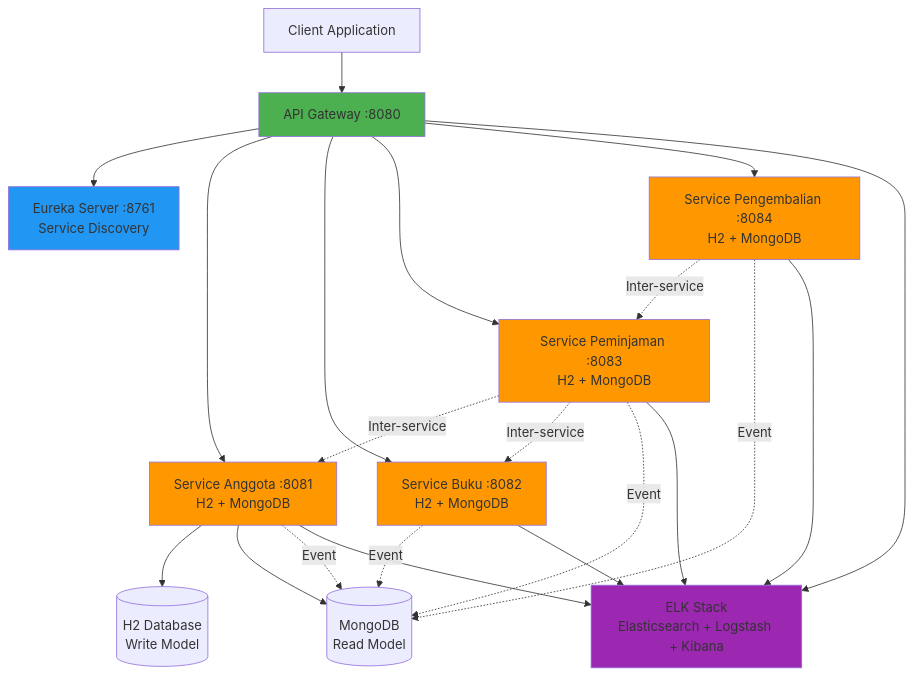
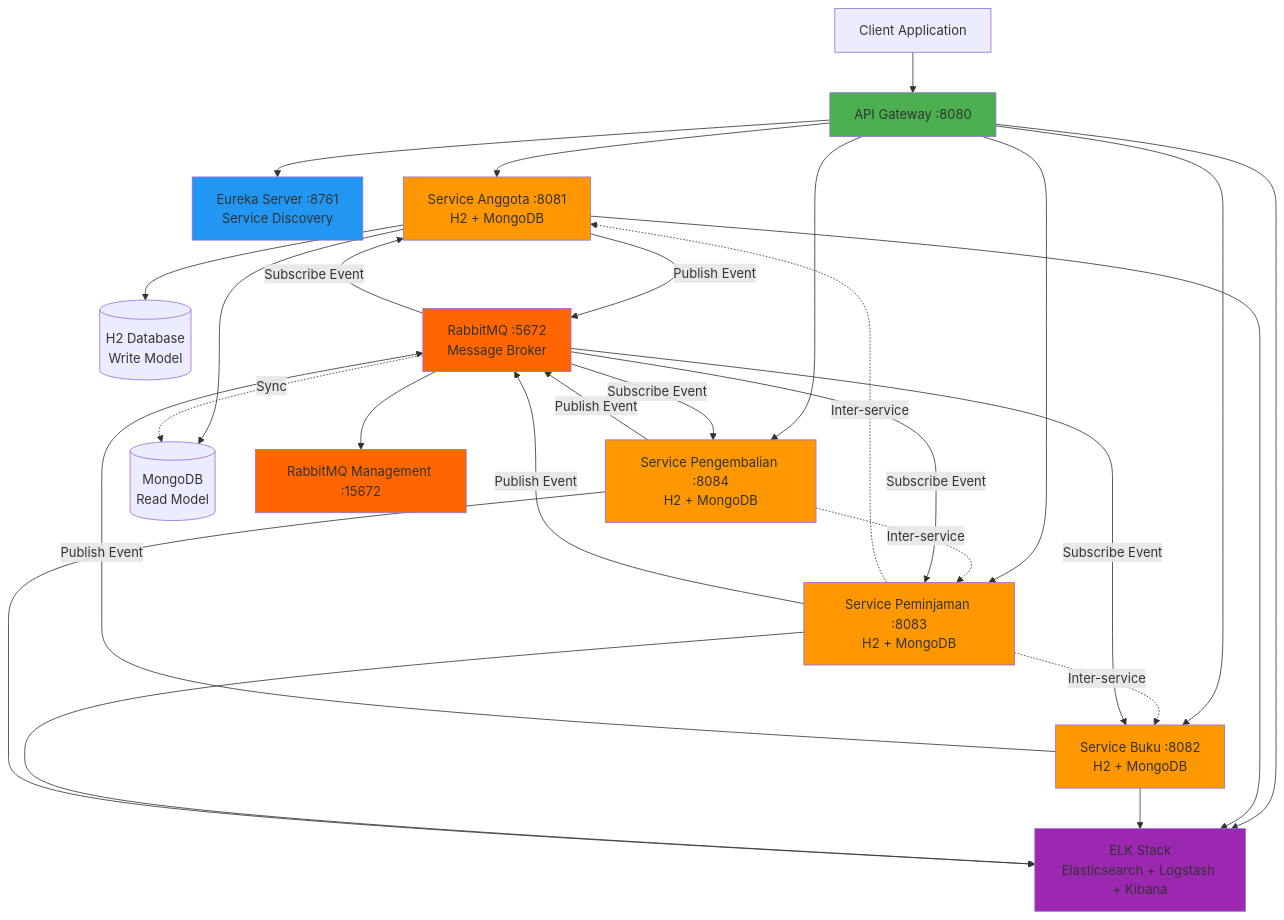
One commit to erlaaaand/micro-services-perpustakaan changed the diagram in README.md. Above: the diagram before and after it, drawn with Mermaid. The commit also changed other lines of this file, not shown here.

````diff
--- a/README.md
+++ b/README.md
@@ -52,39 +55,51 @@
 ```mermaid
 graph TB
     Client[Client Application]
     
     Client --> Gateway[API Gateway :8080]
     
     Gateway --> Eureka[Eureka Server :8761<br/>Service Discovery]
     
     Gateway --> SA[Service Anggota :8081<br/>H2 + MongoDB]
     Gateway --> SB[Service Buku :8082<br/>H2 + MongoDB]
     Gateway --> SP[Service Peminjaman :8083<br/>H2 + MongoDB]
     Gateway --> SR[Service Pengembalian :8084<br/>H2 + MongoDB]
     
     SP -.Inter-service.-> SA
     SP -.Inter-service.-> SB
     SR -.Inter-service.-> SP
     
     SA --> WriteDB[(H2 Database<br/>Write Model)]
     SA --> ReadDB[(MongoDB<br/>Read Model)]
     
-    SA -.Event.-> ReadDB
-    SB -.Event.-> ReadDB
-    SP -.Event.-> ReadDB
-    SR -.Event.-> ReadDB
+    SA -->|Publish Event| RMQ[RabbitMQ :5672<br/>Message Broker]
+    SB -->|Publish Event| RMQ
+    SP -->|Publish Event| RMQ
+    SR -->|Publish Event| RMQ
+    
+    RMQ -->|Subscribe Event| SA
+    RMQ -->|Subscribe Event| SB
+    RMQ -->|Subscribe Event| SP
+    RMQ -->|Subscribe Event| SR
+    
+    RMQ -.Sync.-> ReadDB
     
     Gateway --> ELK[ELK Stack<br/>Elasticsearch + Logstash + Kibana]
     SA --> ELK
     SB --> ELK
     SP --> ELK
     SR --> ELK
     
+    RMQMgmt[RabbitMQ Management :15672]
+    RMQ --> RMQMgmt
+    
     style Gateway fill:#4CAF50
     style Eureka fill:#2196F3
     style SA fill:#FF9800
     style SB fill:#FF9800
     style SP fill:#FF9800
     style SR fill:#FF9800
+    style RMQ fill:#FF6600
+    style RMQMgmt fill:#FF6600
     style ELK fill:#9C27B0
 ```
````
